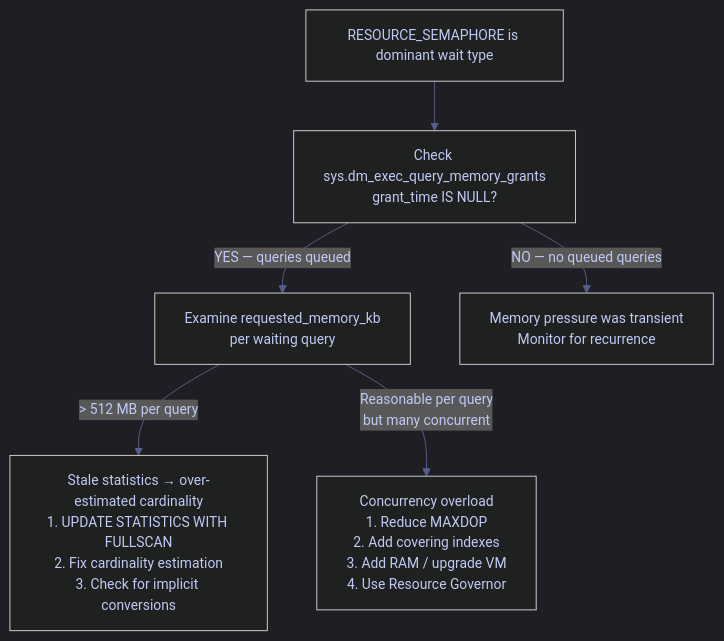
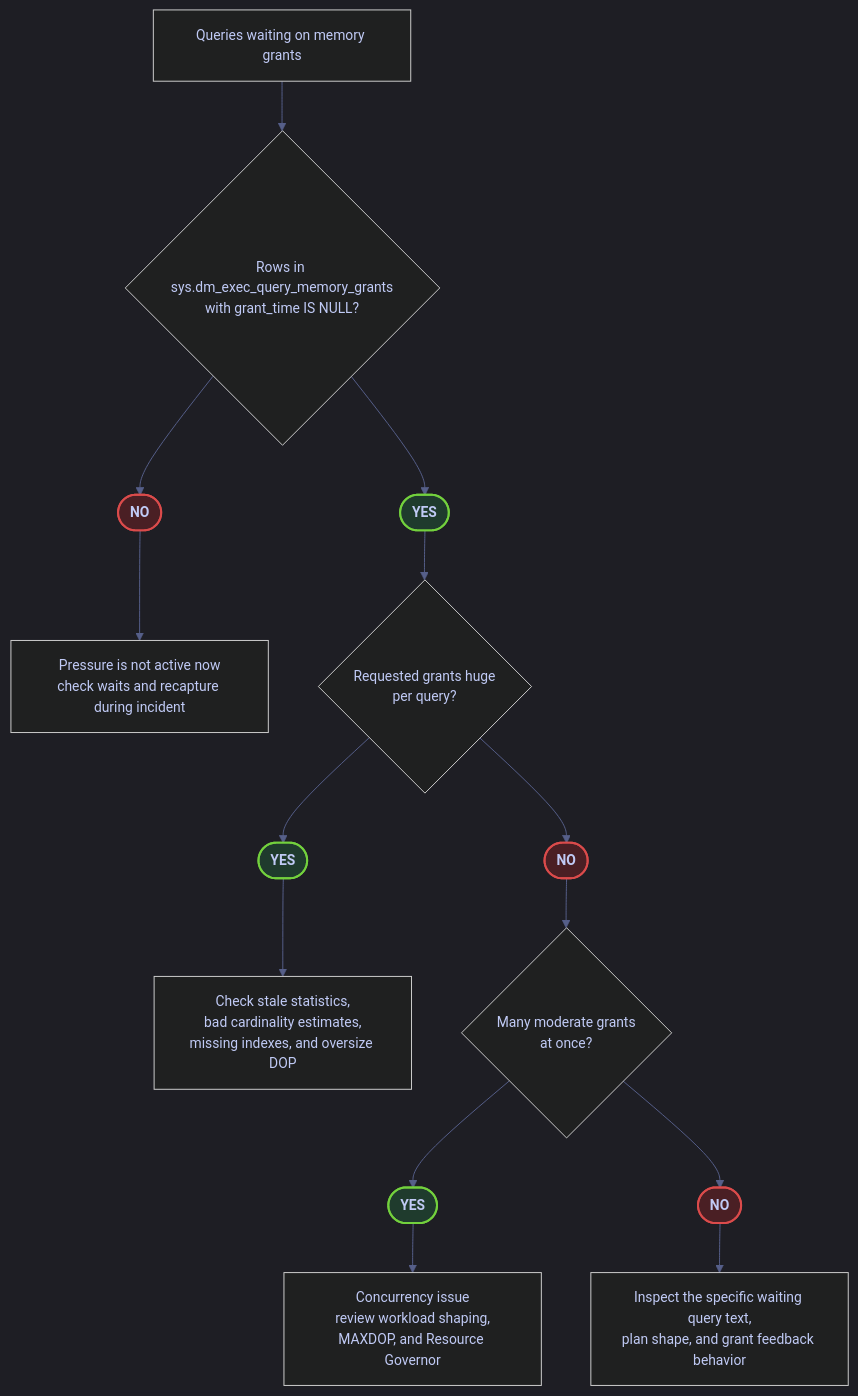
Before and after one commit to alp78/elysium: the second of 2 diagrams in content/04-SQL-Server/Performance/memory-and-buffer-pool.md, drawn with Mermaid. The commit also changed other lines of this file and 64 other files, not shown here.

````diff
--- a/content/04-SQL-Server/Performance/memory-and-buffer-pool.md
+++ b/content/04-SQL-Server/Performance/memory-and-buffer-pool.md
@@ -288,20 +478,33 @@
 ```mermaid
 %%{init: {'theme': 'dark', 'themeVariables': {
   'primaryColor': '#292e42',
   'primaryTextColor': '#c0caf5',
   'primaryBorderColor': '#565f89',
   'lineColor': '#565f89',
   'secondaryColor': '#1a1b26',
   'tertiaryColor': '#24283b',
   'noteTextColor': '#c0caf5',
   'noteBkgColor': '#292e42',
   'textColor': '#c0caf5',
   'fontSize': '14px'
 }}}%%
 flowchart TD
-    A["RESOURCE_SEMAPHORE is dominant wait type"] --> B["Check sys.dm_exec_query_memory_grants\ngrant_time IS NULL?"]
-    B -->|"YES — queries queued"| C["Examine requested_memory_kb\nper waiting query"]
-    B -->|"NO — no queued queries"| D["Memory pressure was transient\nMonitor for recurrence"]
-    C -->|"> 512 MB per query"| E["Stale statistics → over-estimated cardinality\n1. UPDATE STATISTICS WITH FULLSCAN\n2. Fix cardinality estimation\n3. Check for implicit conversions"]
-    C -->|"Reasonable per query\nbut many concurrent"| F["Concurrency overload\n1. Reduce MAXDOP\n2. Add covering indexes\n3. Add RAM / upgrade VM\n4. Use Resource Governor"]
+    A["Queries waiting on memory grants"] --> B{"Rows in sys.dm_exec_query_memory_grants<br/>with grant_time IS NULL?"}
+    B --> Y1([YES])
+    B --> N1([NO])
+    N1 --> C["Pressure is not active now<br/>check waits and recapture during incident"]
+    Y1 --> D{"Requested grants huge<br/>per query?"}
+    D --> Y2([YES])
+    D --> N2([NO])
+    Y2 --> E["Check stale statistics,<br/>bad cardinality estimates,<br/>missing indexes, and oversize DOP"]
+    N2 --> F{"Many moderate grants<br/>at once?"}
+    F --> Y3([YES])
+    F --> N3([NO])
+    Y3 --> G["Concurrency issue<br/>review workload shaping,<br/>MAXDOP, and Resource Governor"]
+    N3 --> H["Inspect the specific waiting query text,<br/>plan shape, and grant feedback behavior"]
+
+    classDef yesNode fill:#1f3b2d,stroke:#73d13d,stroke-width:2px,color:#c0caf5,font-weight:bold;
+    classDef noNode fill:#4a1f24,stroke:#db4b4b,stroke-width:2px,color:#c0caf5,font-weight:bold;
+    class Y1,Y2,Y3 yesNode;
+    class N1,N2,N3 noNode;
 ```
````
